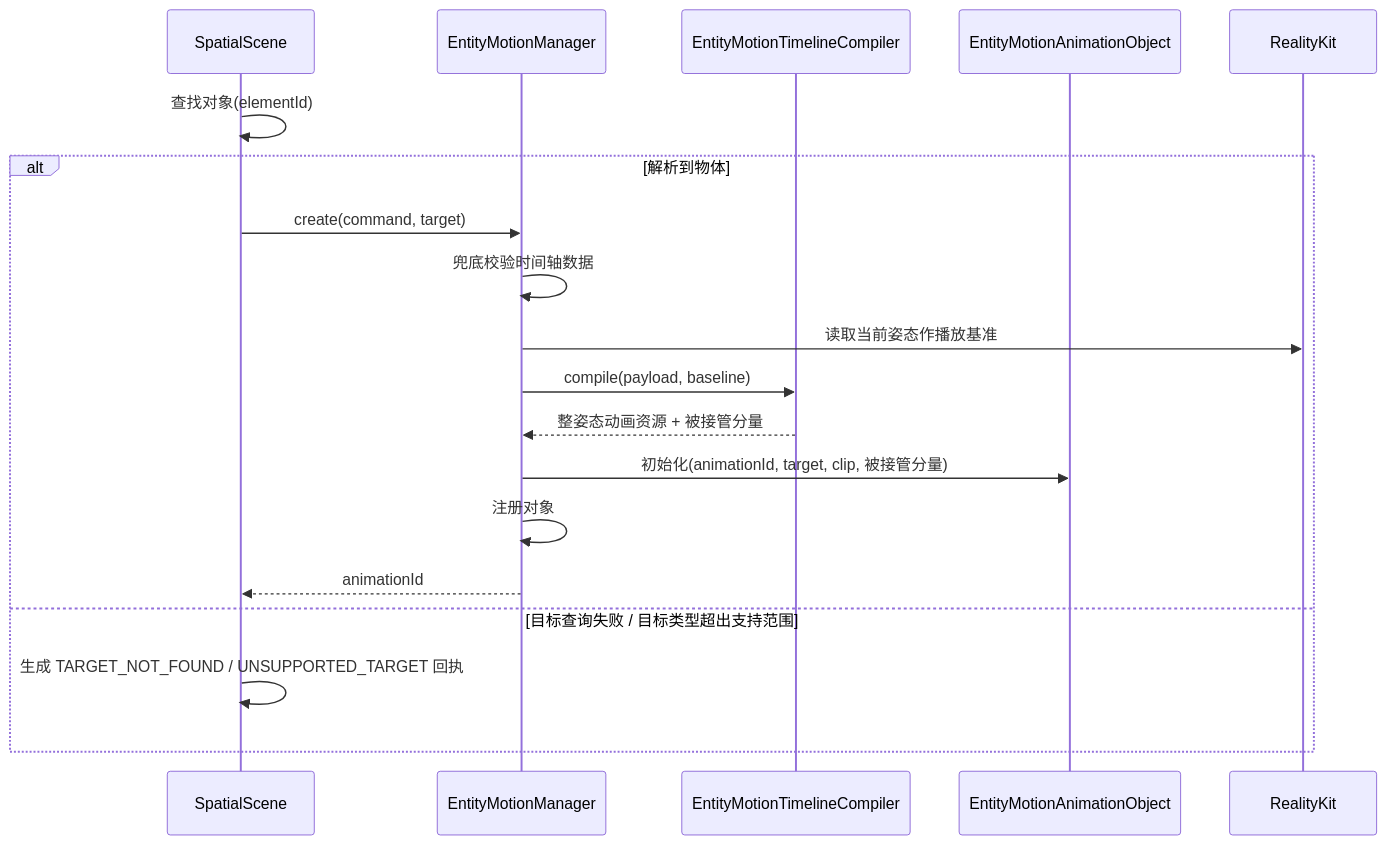
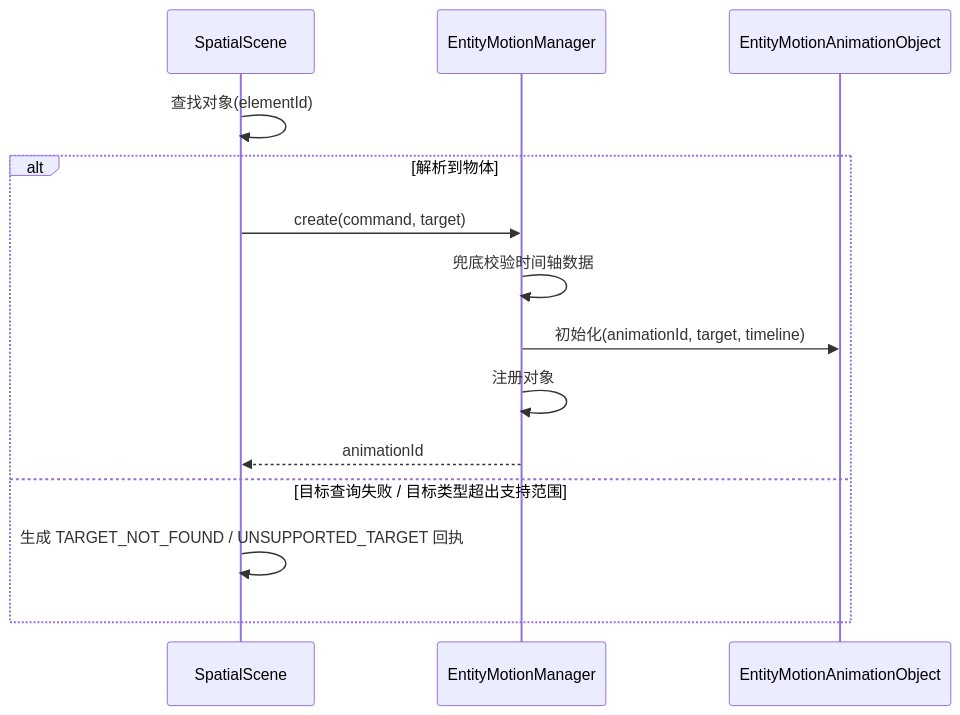
One commit to webspatial/webspatial-sdk changed the tenth of 14 diagrams in openspec/changes/redesign-entity-motion-api/design.zh.md. Above: the diagram before and after it, drawn with Mermaid. The commit also changed other lines of this file and 7 other files, not shown here.

````diff
--- a/openspec/changes/redesign-entity-motion-api/design.zh.md
+++ b/openspec/changes/redesign-entity-motion-api/design.zh.md
@@ -900,22 +909,17 @@
 ```mermaid
 sequenceDiagram
     participant Scene as SpatialScene
     participant Manager as EntityMotionManager
-    participant Compiler as EntityMotionTimelineCompiler
     participant Obj as EntityMotionAnimationObject
-    participant RK as RealityKit
 
     Scene->>Scene: 查找对象(elementId)
     alt 解析到物体
         Scene->>Manager: create(command, target)
         Manager->>Manager: 兜底校验时间轴数据
-        Manager->>RK: 读取当前姿态作播放基准
-        Manager->>Compiler: compile(payload, baseline)
-        Compiler-->>Manager: 整姿态动画资源 + 被接管分量
-        Manager->>Obj: 初始化(animationId, target, clip, 被接管分量)
+        Manager->>Obj: 初始化(animationId, target, timeline)
         Manager->>Manager: 注册对象
         Manager-->>Scene: animationId
     else 目标查询失败 / 目标类型超出支持范围
         Scene->>Scene: 生成 TARGET_NOT_FOUND / UNSUPPORTED_TARGET 回执
     end
 ```
````
